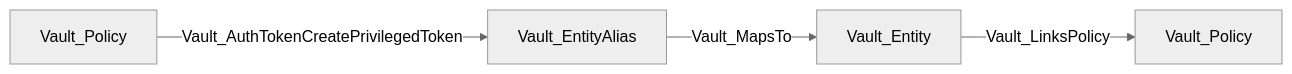
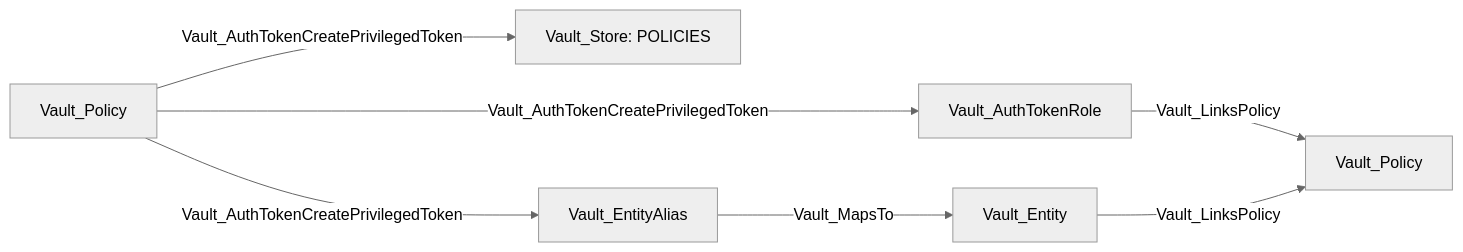
Diagram 25 of 26 in Documentation/stores/AUTH.md (bytewreck/opengraph-vault), drawn with Mermaid (neutral theme) before and after one commit. The commit also changed other lines of this file, not shown here.

````diff
--- a/Documentation/stores/AUTH.md
+++ b/Documentation/stores/AUTH.md
@@ -830,6 +829,9 @@
 ```mermaid
 flowchart LR
-    policy[Vault_Policy] -->|Vault_AuthTokenCreatePrivilegedToken| alias[Vault_EntityAlias]
-    alias -->|Vault_MapsTo| entity[Vault_Entity]
-    entity -->|Vault_LinksPolicy| granted[Vault_Policy]
+    P1[Vault_Policy] -->|Vault_AuthTokenCreatePrivilegedToken| AR[Vault_AuthTokenRole]
+    AR -->|Vault_LinksPolicy| P2[Vault_Policy]
+    P1 -->|Vault_AuthTokenCreatePrivilegedToken| PS["Vault_Store: POLICIES"]
+    P1 -->|Vault_AuthTokenCreatePrivilegedToken| EA[Vault_EntityAlias]
+    EA -->|Vault_MapsTo| VE[Vault_Entity]
+    VE -->|Vault_LinksPolicy| P2
 ```
````
